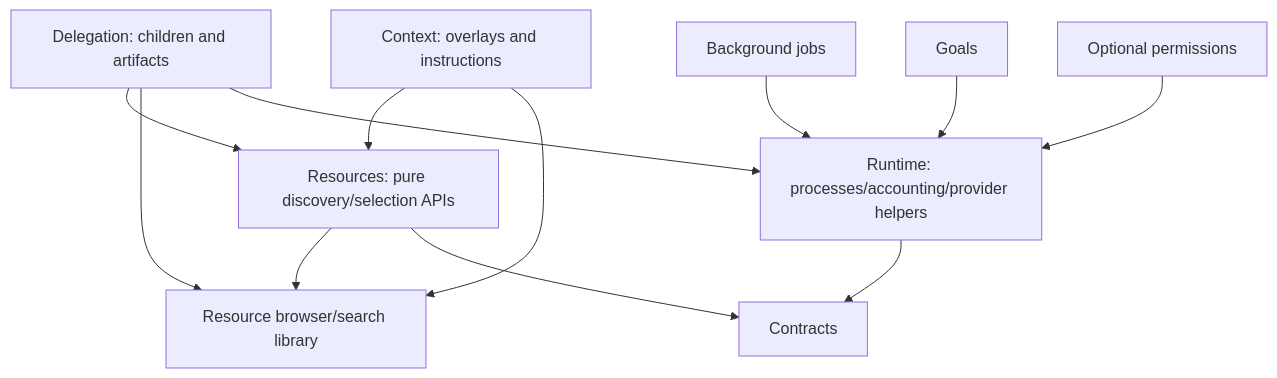
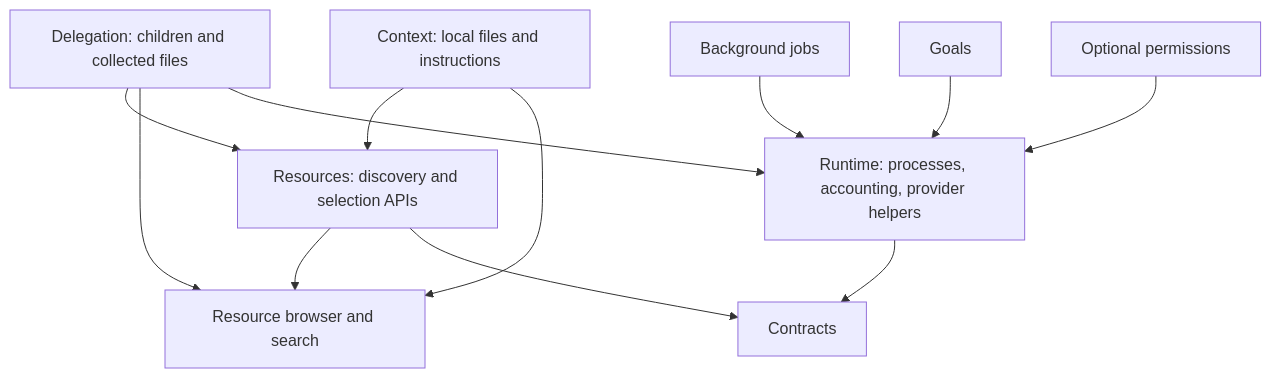
Before and after one commit to finngi/pi-packages: the second of 2 diagrams in docs/architecture.md, drawn with Mermaid. The commit also changed other lines of this file and 35 other files, not shown here.

````diff
--- a/docs/architecture.md
+++ b/docs/architecture.md
@@ -73,14 +75,14 @@
 ```mermaid
 flowchart TD
-  D[Delegation: children and artifacts] --> R[Resources: pure discovery/selection APIs]
-  C[Context: overlays and instructions] --> R
-  R --> B[Resource browser/search library]
+  D[Delegation: children and collected files] --> R[Resources: discovery and selection APIs]
+  C[Context: local files and instructions] --> R
+  R --> B[Resource browser and search]
   D --> B
   C --> B
-  D --> U[Runtime: processes/accounting/provider helpers]
+  D --> U[Runtime: processes, accounting, provider helpers]
   J[Background jobs] --> U
   G[Goals] --> U
   P[Optional permissions] --> U
   U --> T[Contracts]
   R --> T
 ```
````
